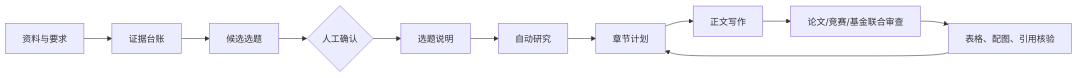
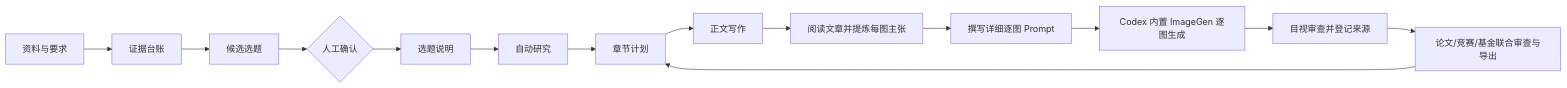
One commit to Zero-2X/autoartical changed the diagram in README.md. Above: the diagram before and after it, drawn with Mermaid. The commit also changed other lines of this file and 116 other files, not shown here.

Commit message:
Enforce article-grounded ImageGen visual workflow

````diff
--- a/README.md
+++ b/README.md
@@ -11,13 +11,16 @@
 ```mermaid
 flowchart LR
  A[资料与要求] --> B[证据台账]
  B --> C[候选选题]
  C --> D{人工确认}
  D --> E[选题说明]
  E --> F[自动研究]
  F --> G[章节计划]
  G --> H[正文写作]
- H --> I[论文/竞赛/基金联合审查]
- I --> J[表格、配图、引用核验]
- J --> G
+ H --> I[阅读文章并提炼每图主张]
+ I --> J[撰写详细逐图 Prompt]
+ J --> K[Codex 内置 ImageGen 逐图生成]
+ K --> L[目视审查并登记来源]
+ L --> M[论文/竞赛/基金联合审查与导出]
+ M --> G
 ```
````
